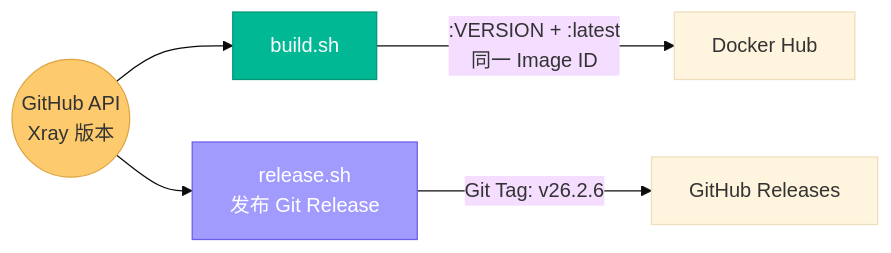
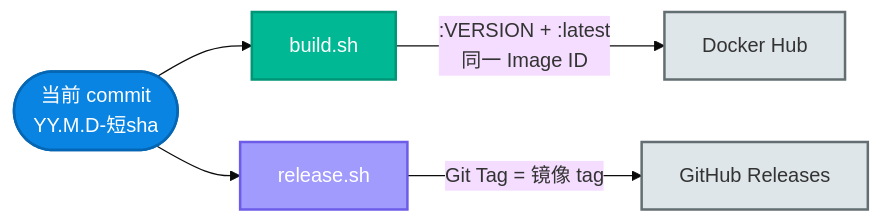
The fourth of 4 diagrams in docs/00-build-release.md (currycan/sb-xray), drawn with Mermaid (base theme) before and after one commit. The commit also changed other lines of this file and 2 other files, not shown here.

First line of the commit message:
feat: 本地 build.sh/release.sh 镜像 tag 改为 YY.M.D-sha（对齐 CI）

````diff
--- a/docs/00-build-release.md
+++ b/docs/00-build-release.md
@@ -450,12 +454,12 @@
 ```mermaid
 flowchart LR
-    API(("GitHub API<br/>Xray 版本")) --> Build
-    API --> Release
+    Commit(["当前 commit<br/>YY.M.D-短sha"]):::entry --> Build["build.sh"]:::process
+    Commit --> Release["release.sh"]:::xray
+    Build -- ":VERSION + :latest<br/>同一 Image ID" --> Registry["Docker Hub"]:::external
+    Release -- "Git Tag = 镜像 tag" --> GitHub["GitHub Releases"]:::external
 
-    Build["build.sh"] -- ":VERSION + :latest\n同一 Image ID" --> Registry["Docker Hub"]
-    Release["release.sh<br/>发布 Git Release"] -- "Git Tag: v26.2.6" --> GitHub["GitHub Releases"]
-
-    style Build fill:#00b894,stroke:#009577,color:#fff
-    style Release fill:#a29bfe,stroke:#6c5ce7,color:#fff
-    style API fill:#fdcb6e,stroke:#e0a33e,color:#333
+    classDef entry    fill:#0984e3,stroke:#0566b3,stroke-width:2px,color:#fff
+    classDef process  fill:#00b894,stroke:#009577,stroke-width:2px,color:#fff
+    classDef xray     fill:#a29bfe,stroke:#6c5ce7,stroke-width:2px,color:#fff
+    classDef external fill:#dfe6e9,stroke:#636e72,stroke-width:2px,color:#333
 ```
````
